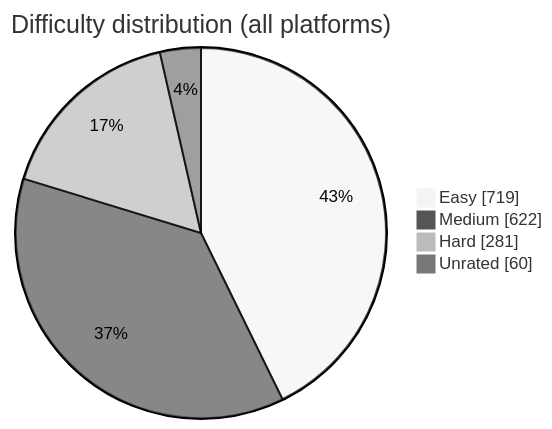
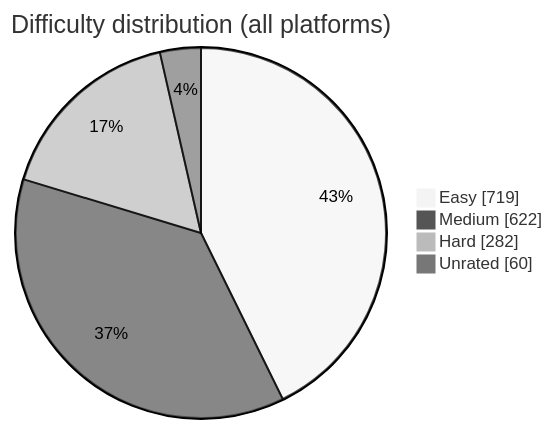
The diagram in README.md (BuildbyArindam/Daily-Coding-Log), drawn with Mermaid (neutral theme) before and after one commit. The commit also changed other lines of this file, not shown here.

````diff
--- a/README.md
+++ b/README.md
@@ -93,7 +93,7 @@
 ```mermaid
 pie showData title Difficulty distribution (all platforms)
     "Easy" : 719
     "Medium" : 622
-    "Hard" : 281
+    "Hard" : 282
     "Unrated" : 60
 ```
````
